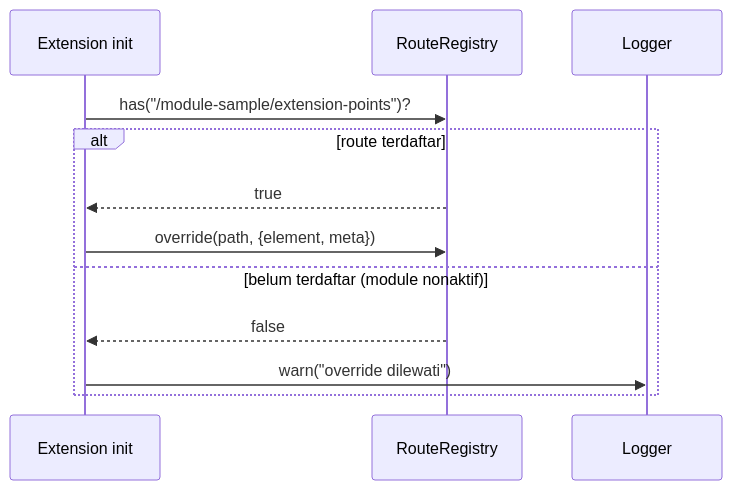
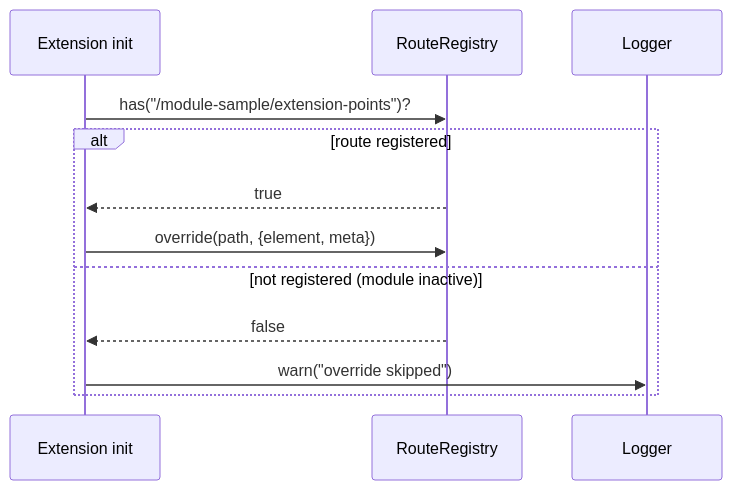
Before and after one commit to satriolangit/modular-web-sample: the fifth of 7 diagrams in docs/ARCHITECTURE.en.md, drawn with Mermaid. The commit also changed other lines of this file and 7 other files, not shown here.

````diff
--- a/docs/ARCHITECTURE.en.md
+++ b/docs/ARCHITECTURE.en.md
@@ -572,14 +572,14 @@
 ```mermaid
 sequenceDiagram
     participant X as Extension init
     participant RR as RouteRegistry
     participant L as Logger
     X->>RR: has("/module-sample/extension-points")?
-    alt route terdaftar
+    alt route registered
         RR-->>X: true
         X->>RR: override(path, {element, meta})
-    else belum terdaftar (module nonaktif)
+    else not registered (module inactive)
         RR-->>X: false
-        X->>L: warn("override dilewati")
+        X->>L: warn("override skipped")
     end
 ```
````
